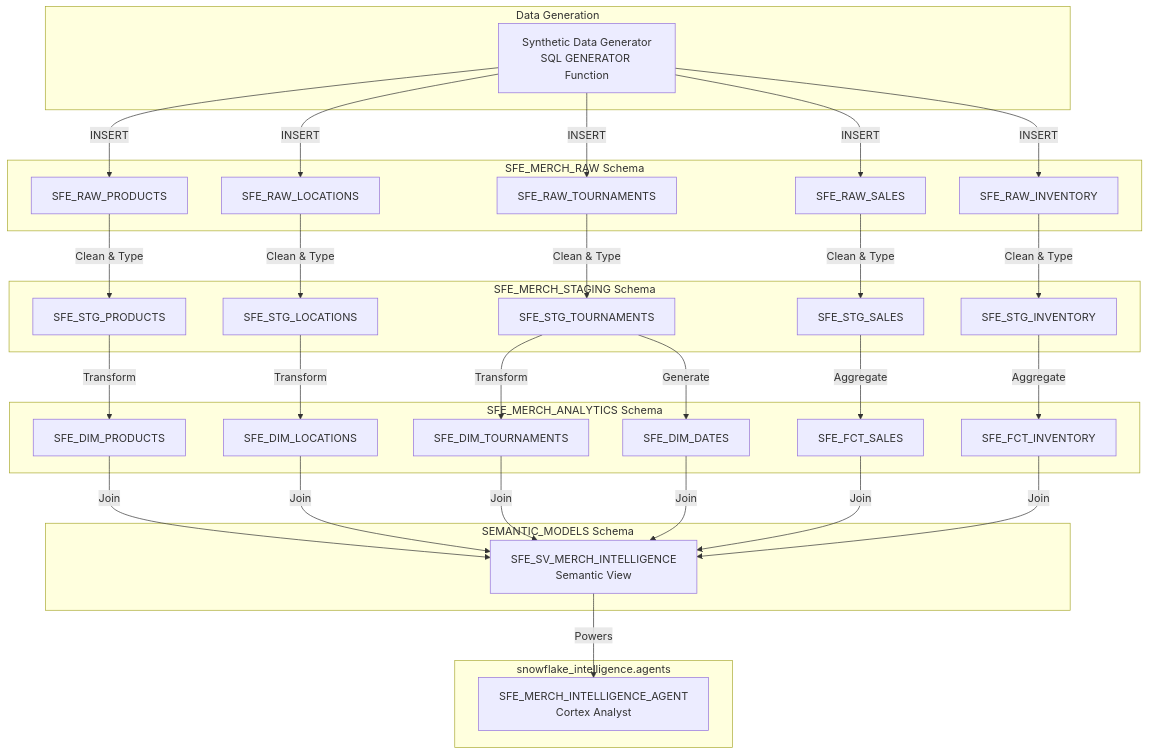
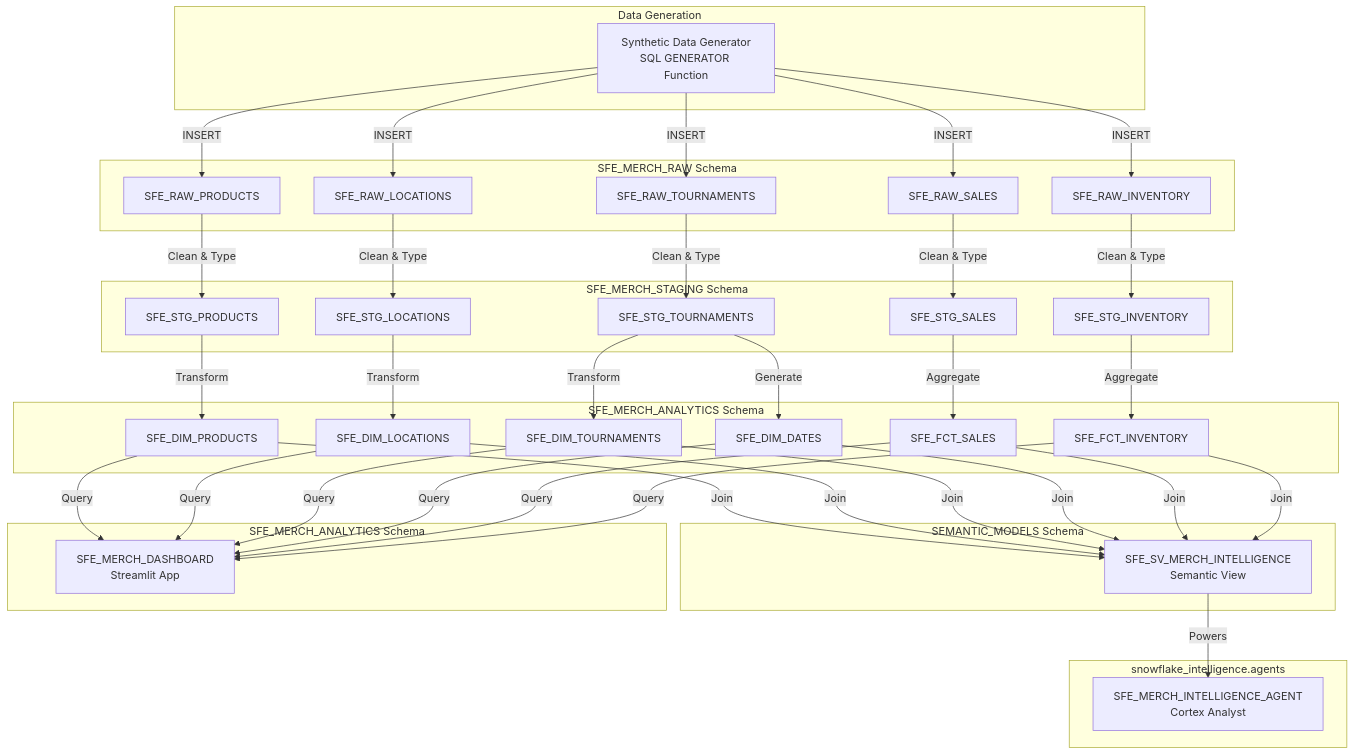
The diagram in diagrams/data-flow.md (sfc-gh-miwhitaker/merchmasters), drawn with Mermaid before and after one commit. The commit also changed 5 other files, not shown here.

First line of the commit message:
Add Streamlit Dashboard for merchandise analytics and update documentation

````diff
--- a/diagrams/data-flow.md
+++ b/diagrams/data-flow.md
@@ -16,57 +16,62 @@
 ```mermaid
 flowchart TB
     subgraph Sources["Data Generation"]
         GEN[Synthetic Data Generator<br/>SQL GENERATOR Function]
     end
     
     subgraph RAW["SFE_MERCH_RAW Schema"]
         RP[SFE_RAW_PRODUCTS]
         RL[SFE_RAW_LOCATIONS]
         RT[SFE_RAW_TOURNAMENTS]
         RS[SFE_RAW_SALES]
         RI[SFE_RAW_INVENTORY]
     end
     
     subgraph STG["SFE_MERCH_STAGING Schema"]
         SP[SFE_STG_PRODUCTS]
         SL[SFE_STG_LOCATIONS]
         STS[SFE_STG_TOURNAMENTS]
         SS[SFE_STG_SALES]
         SI[SFE_STG_INVENTORY]
     end
     
     subgraph ANALYTICS["SFE_MERCH_ANALYTICS Schema"]
         DP[SFE_DIM_PRODUCTS]
         DL[SFE_DIM_LOCATIONS]
         DT[SFE_DIM_TOURNAMENTS]
         DD[SFE_DIM_DATES]
         FS[SFE_FCT_SALES]
         FI[SFE_FCT_INVENTORY]
     end
     
     subgraph SEMANTIC["SEMANTIC_MODELS Schema"]
         SV[SFE_SV_MERCH_INTELLIGENCE<br/>Semantic View]
     end
     
     subgraph AGENT["snowflake_intelligence.agents"]
         AI[SFE_MERCH_INTELLIGENCE_AGENT<br/>Cortex Analyst]
     end
     
+    subgraph STREAMLIT["SFE_MERCH_ANALYTICS Schema"]
+        SIS[SFE_MERCH_DASHBOARD<br/>Streamlit App]
+    end
+    
     GEN -->|INSERT| RP & RL & RT & RS & RI
     
     RP -->|Clean & Type| SP
     RL -->|Clean & Type| SL
     RT -->|Clean & Type| STS
     RS -->|Clean & Type| SS
     RI -->|Clean & Type| SI
     
     SP -->|Transform| DP
     SL -->|Transform| DL
     STS -->|Transform| DT
     STS -->|Generate| DD
     SS -->|Aggregate| FS
     SI -->|Aggregate| FI
     
     DP & DL & DT & DD & FS & FI -->|Join| SV
     SV -->|Powers| AI
+    DP & DL & DT & DD & FS & FI -->|Query| SIS
 ```
````
